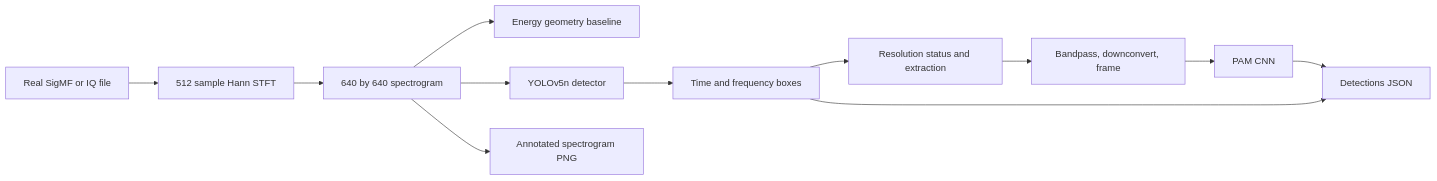
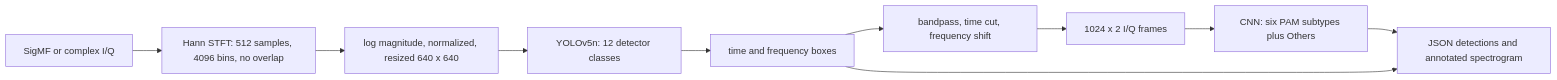
Before and after one commit to ps-narayan/wideband-signal-recognition: the diagram in README.md, drawn with Mermaid. The commit also changed other lines of this file and 59 other files, not shown here.

````diff
--- a/README.md
+++ b/README.md
@@ -9,14 +70,12 @@
-~~~mermaid
+```mermaid
 flowchart LR
-    A[Real SigMF or IQ file] --> B[512 sample Hann STFT]
-    B --> C[640 by 640 spectrogram]
-    C --> D[Energy geometry baseline]
-    C --> E[YOLOv5n detector]
-    E --> F[Time and frequency boxes]
-    F --> G[Resolution status and extraction]
-    G --> H[Bandpass, downconvert, frame]
-    H --> I[PAM CNN]
-    I --> J[Detections JSON]
-    F --> J
-    C --> K[Annotated spectrogram PNG]
-~~~
+    A[SigMF or complex I/Q] --> B[Hann STFT: 512 samples, 4096 bins, no overlap]
+    B --> C[log magnitude, normalized, resized 640 x 640]
+    C --> D[YOLOv5n: 12 detector classes]
+    D --> E[time and frequency boxes]
+    E --> F[bandpass, time cut, frequency shift]
+    F --> G[1024 x 2 I/Q frames]
+    G --> H[CNN: six PAM subtypes plus Others]
+    H --> I[JSON detections and annotated spectrogram]
+    E --> I
+```
````
